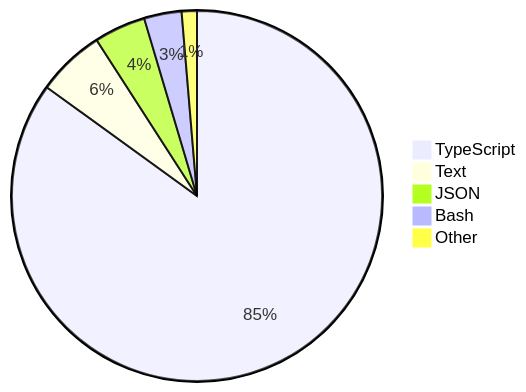
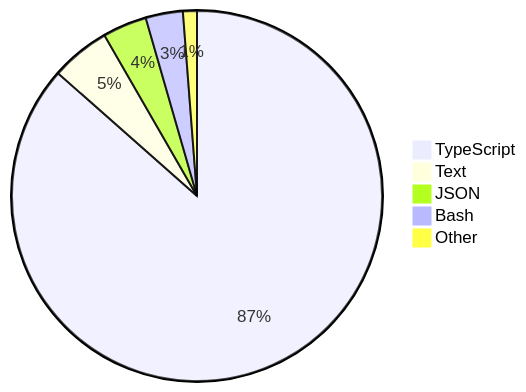
The diagram in README.md (skvggor/skvggor), drawn with Mermaid before and after one commit.

Commit message:
Updated waka-readme graph with new metrics

````diff
--- a/README.md
+++ b/README.md
@@ -16,8 +16,8 @@
 ```mermaid
 pie
-    "TypeScript" : 83.1
-    "Text" : 5.8
-    "JSON" : 4.4
+    "TypeScript" : 85.3
+    "Text" : 5.1
+    "JSON" : 3.8
     "Bash" : 3.2
-    "Other" : 1.3
+    "Other" : 1.2
 ```
````
